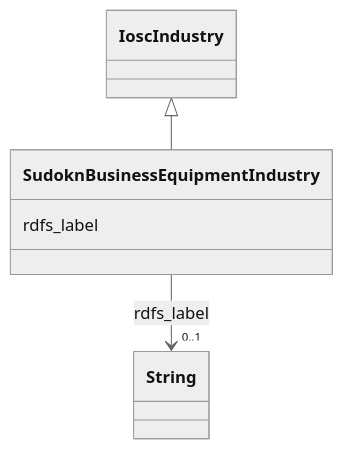
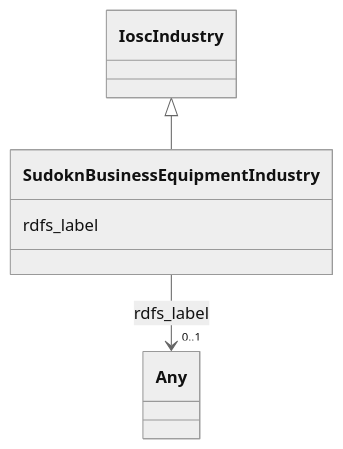
One commit to frink-okn/graph-descriptions changed the diagram in sudokn-kg/classes/SudoknBusinessEquipmentIndustry.md. Above: the diagram before and after it, drawn with Mermaid (neutral theme). The commit also changed other lines of this file and 903 other files, not shown here.

````diff
--- a/sudokn-kg/classes/SudoknBusinessEquipmentIndustry.md
+++ b/sudokn-kg/classes/SudoknBusinessEquipmentIndustry.md
@@ -23,18 +18,18 @@
 ```mermaid
  classDiagram
     class SudoknBusinessEquipmentIndustry
     click SudoknBusinessEquipmentIndustry href "../SudoknBusinessEquipmentIndustry"
       IoscIndustry <|-- SudoknBusinessEquipmentIndustry
         click IoscIndustry href "../IoscIndustry"
       
       SudoknBusinessEquipmentIndustry : rdfs_label
         
           
     
     
-    SudoknBusinessEquipmentIndustry --> "0..1" String : rdfs_label
-    click String href "../String"
+    SudoknBusinessEquipmentIndustry --> "0..1" Any : rdfs_label
+    click Any href "../Any"
 
         
       
 ```
````
